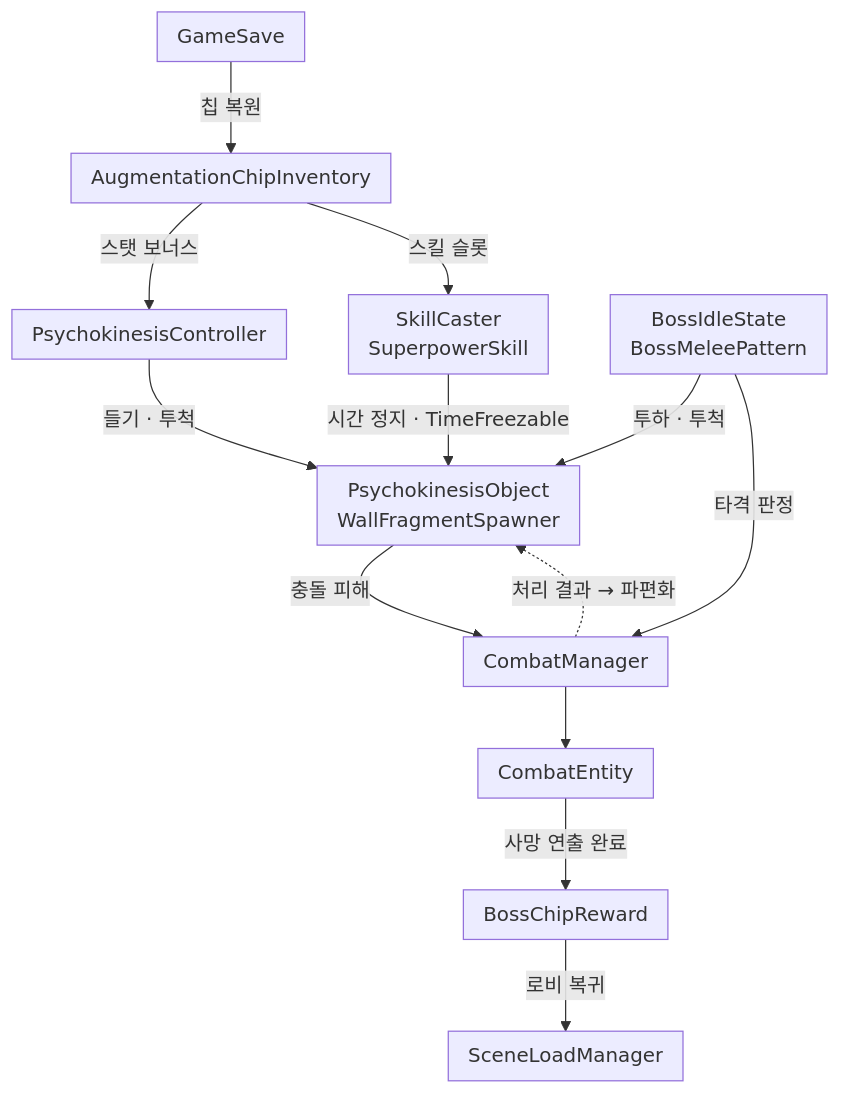
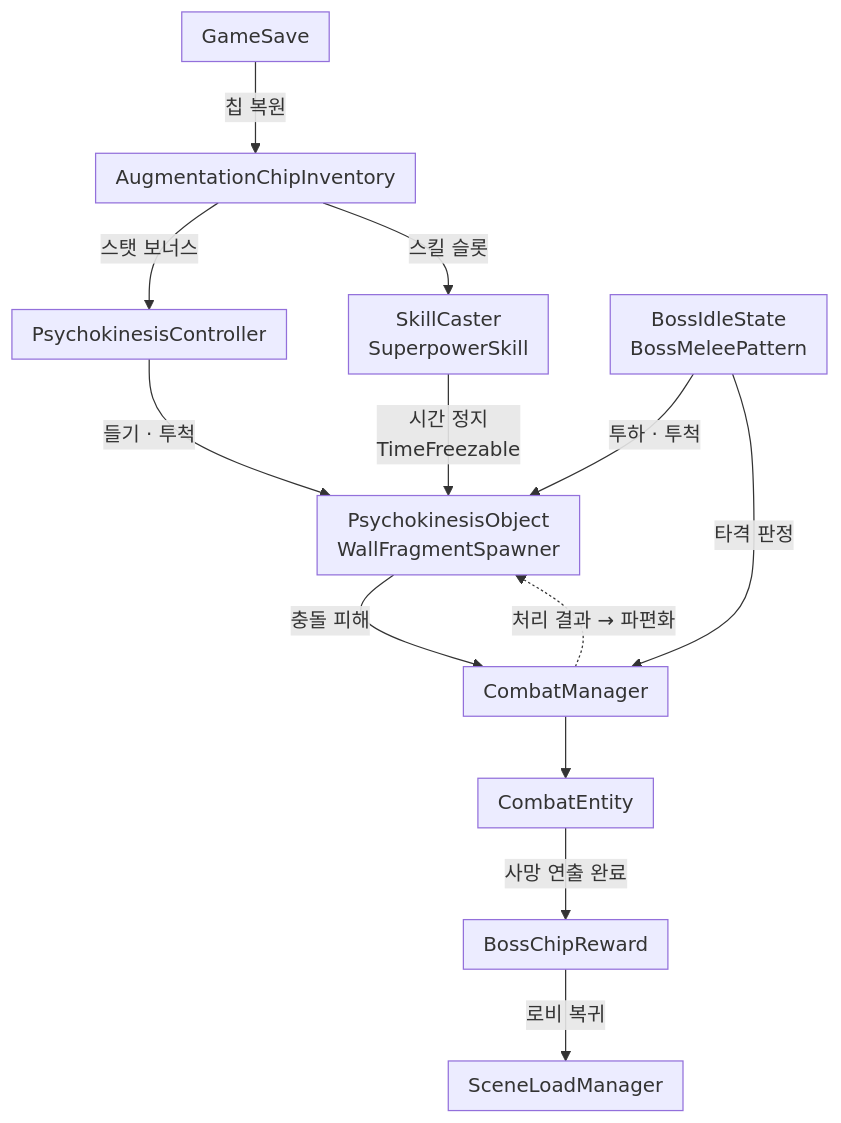
The second of 15 diagrams in src/1-ODDITY/TechDoc_ODDITY.md (keeeery/portfolio), drawn with Mermaid before and after one commit. The commit also changed other lines of this file and 8 other files, not shown here.

Commit message:
프로젝트 문서: ODDITY 문구·다이어그램 다듬기, 슬라이드 장면 보강, 데이터 다시 빌드

````diff
--- a/src/1-ODDITY/TechDoc_ODDITY.md
+++ b/src/1-ODDITY/TechDoc_ODDITY.md
@@ -132,19 +134,19 @@
 ```mermaid
 %%{init: {"flowchart": {"padding": 8}}}%%
 flowchart TB
     Save["GameSave"] -->|칩 복원| Chip["AugmentationChipInventory"]
     Chip -->|스탯 보너스| PC["PsychokinesisController"]
     Chip -->|스킬 슬롯| Skill["SkillCaster<br>SuperpowerSkill"]
     PC -->|들기 · 투척| Obj["PsychokinesisObject<br>WallFragmentSpawner"]
-    Skill -->|시간 정지 · TimeFreezable| Obj
+    Skill -->|시간 정지<br>TimeFreezable| Obj
     Boss["BossIdleState<br>BossMeleePattern"] -->|투하 · 투척| Obj
     Obj -->|충돌 피해| Combat["CombatManager"]
     Combat -.->|처리 결과 → 파편화| Obj
     Boss -->|타격 판정| Combat
     Combat --> Entity["CombatEntity"]
     Entity -->|사망 연출 완료| Reward["BossChipReward"]
     Reward -->|로비 복귀| Scene["SceneLoadManager"]
 %% 격자: - Chip Save | - PC - | Skill Obj Boss | - Combat - | - Entity - | - Reward Scene
 %% 화살표 Chip -> Skill: 나감=왼쪽 들어감=위
 %% 화살표 Boss -> Combat: 나감=아래 들어감=오른쪽
 ```
````
